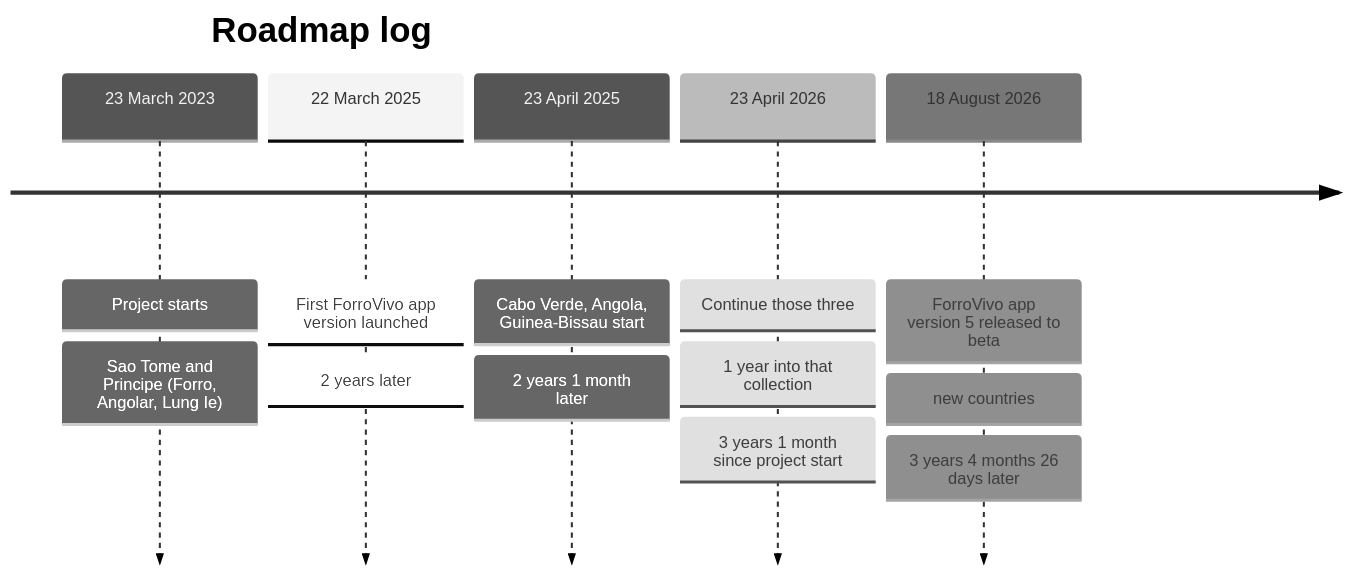
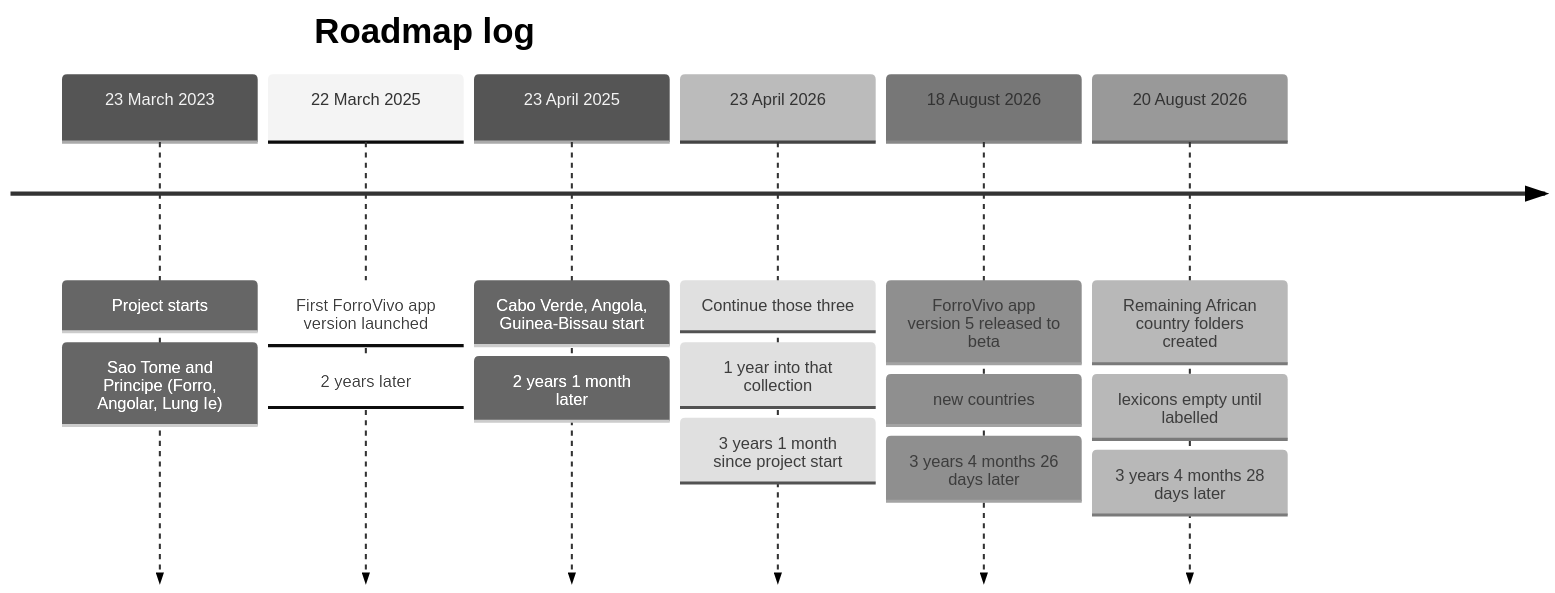
Before and after one commit to Forrovivo/LINGUISTIC-RESEARCH-Forro-Vivo-: the second of 2 diagrams in README.md, drawn with Mermaid (neutral theme). The commit also changed other lines of this file and 10 other files, not shown here.

Commit message:
Document the new African country folders so each remaining creole stays isolated and empty until a source names it.

````diff
--- a/README.md
+++ b/README.md
@@ -322,9 +381,10 @@
 ```mermaid
 timeline
     title Roadmap log
     23 March 2023 : Project starts : Sao Tome and Principe (Forro, Angolar, Lung Ie)
     22 March 2025 : First ForroVivo app version launched : 2 years later
     23 April 2025 : Cabo Verde, Angola, Guinea-Bissau start : 2 years 1 month later
     23 April 2026 : Continue those three : 1 year into that collection : 3 years 1 month since project start
     18 August 2026 : ForroVivo app version 5 released to beta : new countries : 3 years 4 months 26 days later
+    20 August 2026 : Remaining African country folders created : lexicons empty until labelled : 3 years 4 months 28 days later
 ```
````
